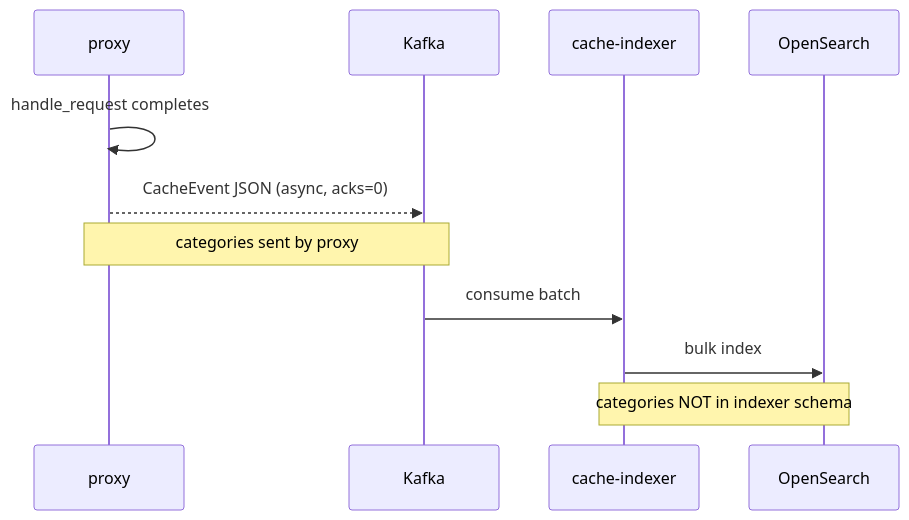
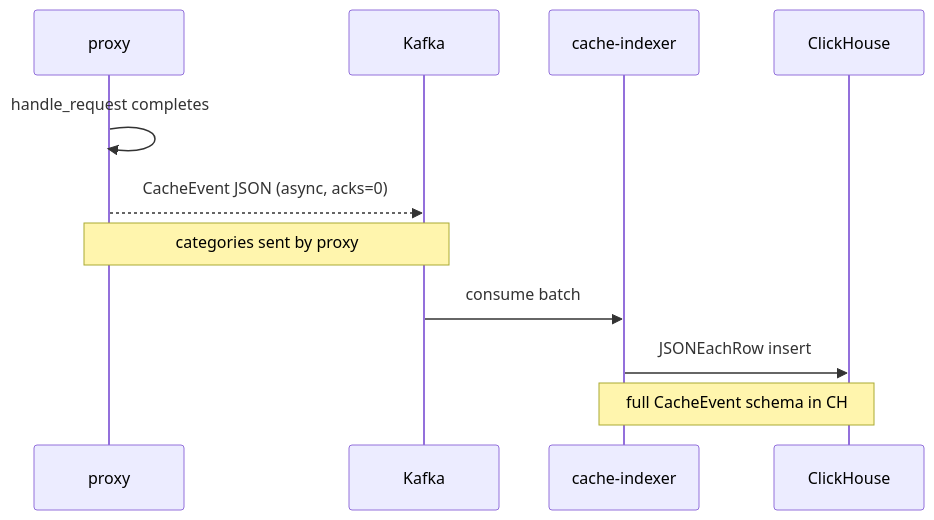
One commit to onixus/bsdm-proxy changed the second of 3 diagrams in docs/architecture.md. Above: the diagram before and after it, drawn with Mermaid. The commit also changed other lines of this file and 14 other files, not shown here.

First line of the commit message:
feat(compose): Phase 3 — ClickHouse default stack, legacy OpenSearch profile

````diff
--- a/docs/architecture.md
+++ b/docs/architecture.md
@@ -128,14 +128,14 @@
 ```mermaid
 sequenceDiagram
   participant P as proxy
   participant K as Kafka
   participant I as cache-indexer
-  participant O as OpenSearch
+  participant C as ClickHouse
 
   P->>P: handle_request completes
   P-->>K: CacheEvent JSON (async, acks=0)
   Note over P,K: categories sent by proxy
   K->>I: consume batch
-  I->>O: bulk index
-  Note over I,O: categories NOT in indexer schema
+  I->>C: JSONEachRow insert
+  Note over I,C: full CacheEvent schema in CH
 ```
````
